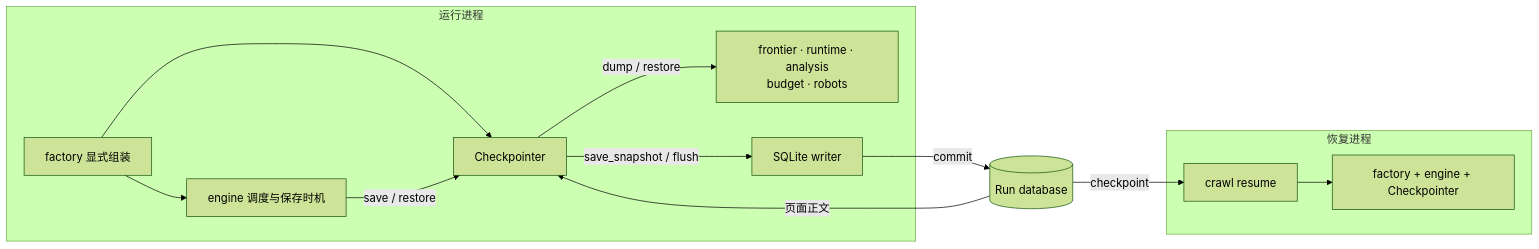
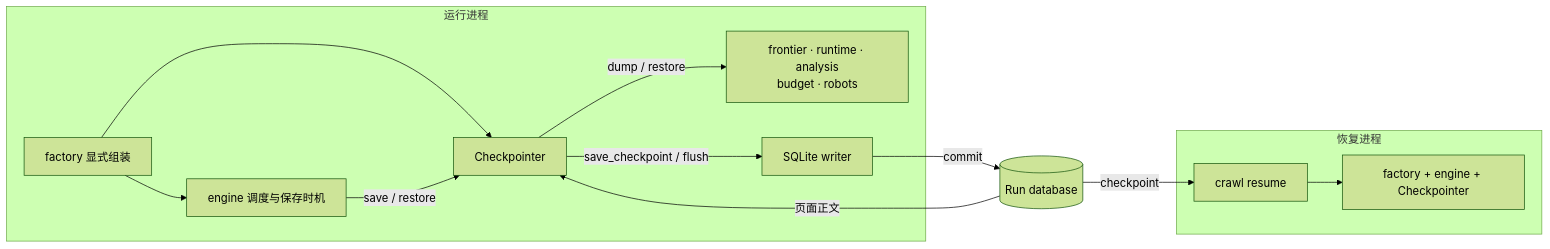
One commit to shixuan/crawl-me-maybe changed the third of 3 diagrams in docs/arch.md. Above: the diagram before and after it, drawn with Mermaid (forest theme). The commit also changed 8 other files, not shown here.

````diff
--- a/docs/arch.md
+++ b/docs/arch.md
@@ -347,16 +347,16 @@
 ```mermaid
 flowchart LR
   subgraph Process["运行进程"]
     Factory["factory 显式组装"] --> Engine
     Factory --> CP["Checkpointer"]
     Engine["engine 调度与保存时机"] -->|save / restore| CP
     CP -->|dump / restore| States["frontier · runtime · analysis<br/>budget · robots"]
-    CP -->|save_snapshot / flush| Writer["SQLite writer"]
+    CP -->|save_checkpoint / flush| Writer["SQLite writer"]
   end
   Writer -->|commit| DB[("Run database")]
   DB -->|页面正文| CP
   subgraph New["恢复进程"]
     Resume["crawl resume"] --> Restored["factory + engine + Checkpointer"]
   end
   DB -->|checkpoint| Resume
 ```
````
